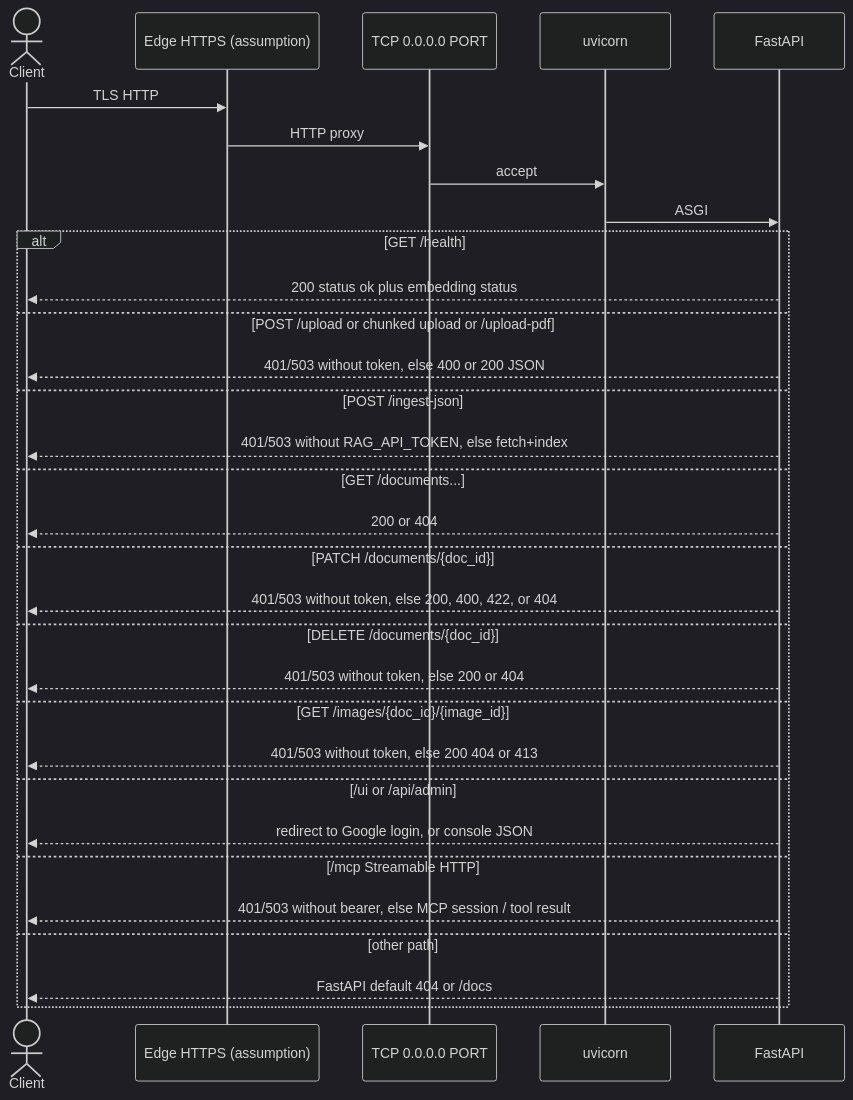
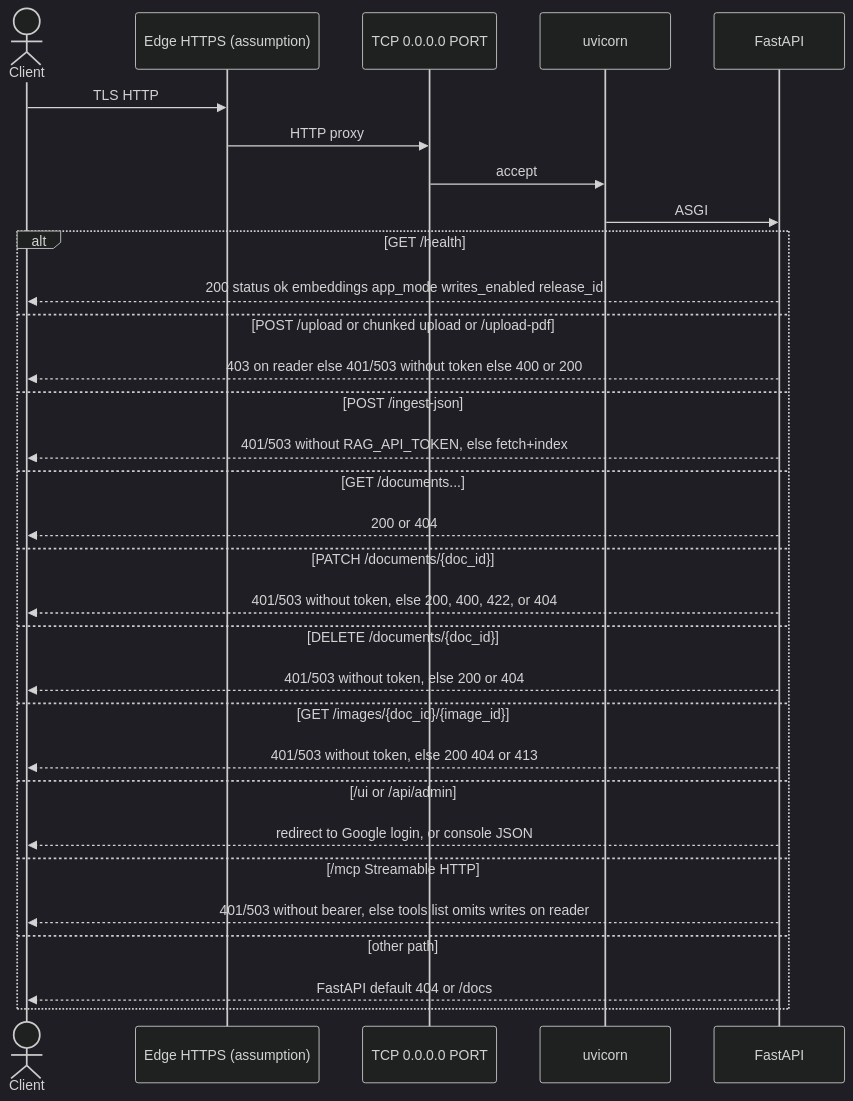
One commit to mkrejp/fastmcp-rag-timer changed the third of 4 diagrams in docs/CONNECTIVITY.md. Above: the diagram before and after it, drawn with Mermaid (dark theme). The commit also changed other lines of this file and 5 other files, not shown here.

First line of the commit message:
docs: align architecture and connectivity with reader/ingester split

````diff
--- a/docs/CONNECTIVITY.md
+++ b/docs/CONNECTIVITY.md
@@ -103,34 +143,34 @@
 ```mermaid
 sequenceDiagram
   actor Client
   participant Edge as Edge HTTPS (assumption)
   participant Port as TCP 0.0.0.0 PORT
   participant UV as uvicorn
   participant API as FastAPI
 
   Client->>Edge: TLS HTTP
   Edge->>Port: HTTP proxy
   Port->>UV: accept
   UV->>API: ASGI
   alt GET /health
-    API-->>Client: 200 status ok plus embedding status
+    API-->>Client: 200 status ok embeddings app_mode writes_enabled release_id
   else POST /upload or chunked upload or /upload-pdf
-    API-->>Client: 401/503 without token, else 400 or 200 JSON
+    API-->>Client: 403 on reader else 401/503 without token else 400 or 200
   else POST /ingest-json
     API-->>Client: 401/503 without RAG_API_TOKEN, else fetch+index
   else GET /documents...
     API-->>Client: 200 or 404
   else PATCH /documents/{doc_id}
     API-->>Client: 401/503 without token, else 200, 400, 422, or 404
   else DELETE /documents/{doc_id}
     API-->>Client: 401/503 without token, else 200 or 404
   else GET /images/{doc_id}/{image_id}
     API-->>Client: 401/503 without token, else 200 404 or 413
   else /ui or /api/admin
     API-->>Client: redirect to Google login, or console JSON
   else /mcp Streamable HTTP
-    API-->>Client: 401/503 without bearer, else MCP session / tool result
+    API-->>Client: 401/503 without bearer, else tools list omits writes on reader
   else other path
     API-->>Client: FastAPI default 404 or /docs
   end
 ```
````
